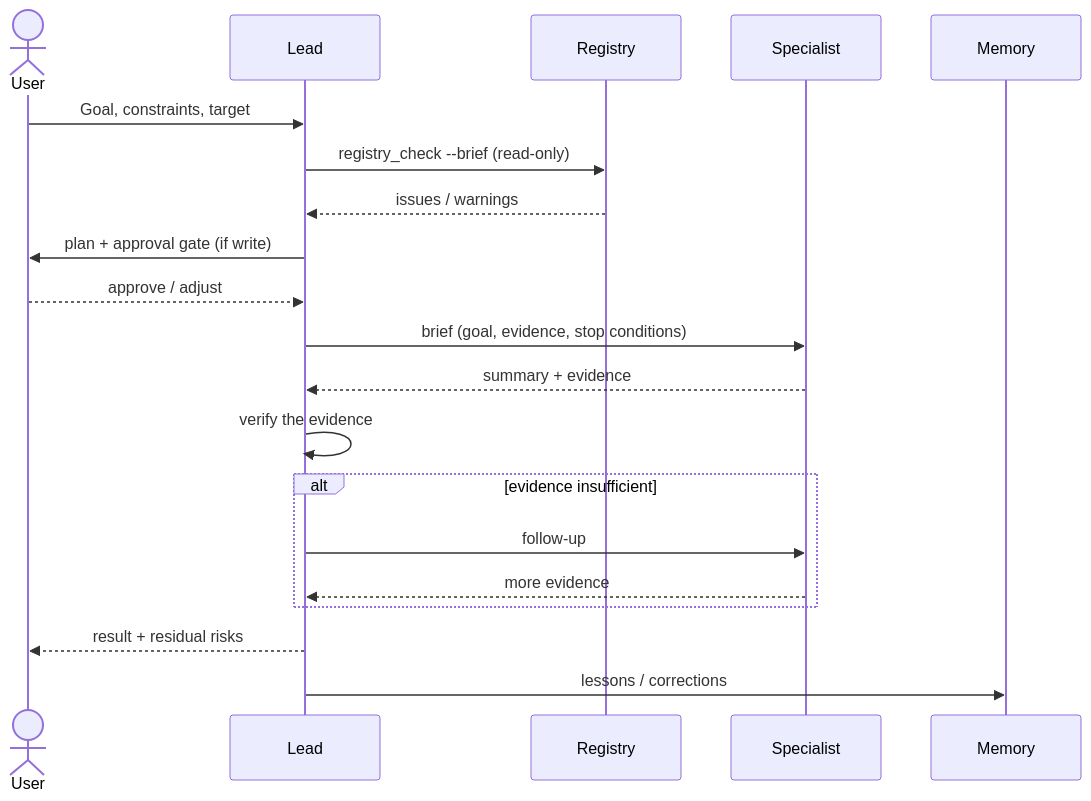
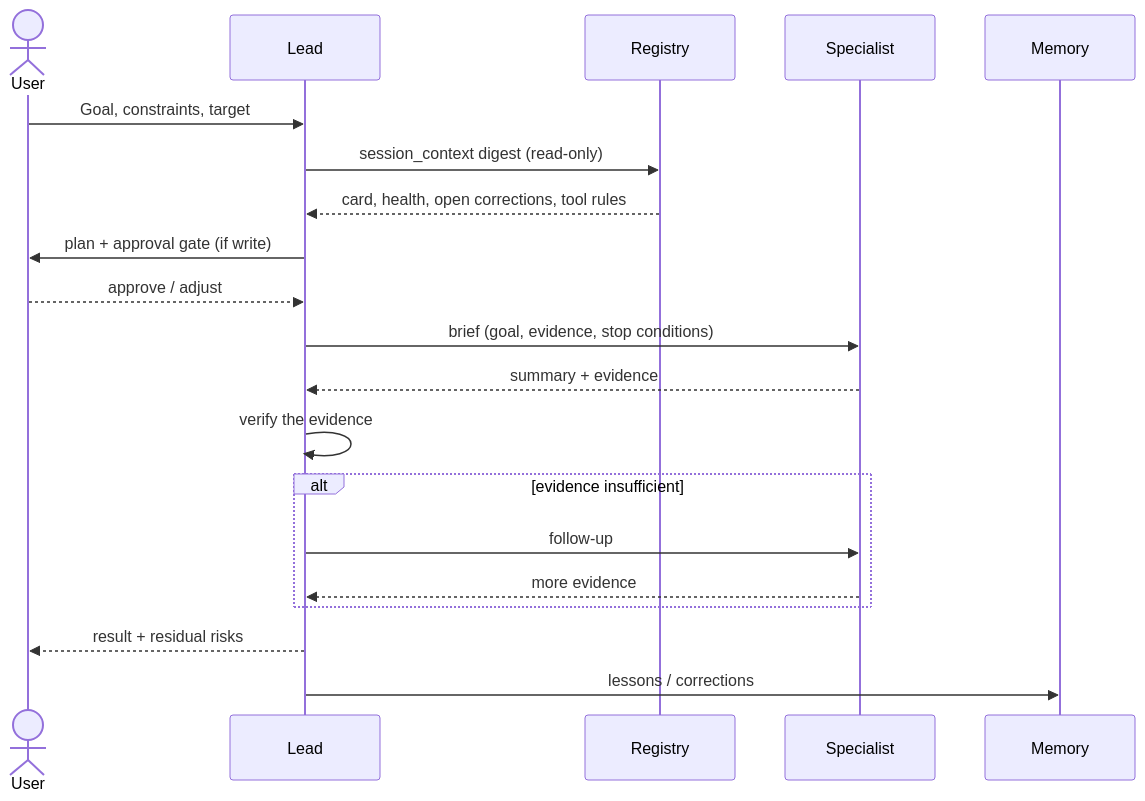
Before and after one commit to naruepan2/abap-ai-opencode-toolkit: the second of 2 diagrams in README.md, drawn with Mermaid. The commit also changed other lines of this file and 14 other files, not shown here.

````diff
--- a/README.md
+++ b/README.md
@@ -105,23 +105,23 @@
 ```mermaid
 sequenceDiagram
     actor U as User
     participant L as Lead
     participant R as Registry
     participant S as Specialist
     participant M as Memory
 
     U->>L: Goal, constraints, target
-    L->>R: registry_check --brief (read-only)
-    R-->>L: issues / warnings
+    L->>R: session_context digest (read-only)
+    R-->>L: card, health, open corrections, tool rules
     L->>U: plan + approval gate (if write)
     U-->>L: approve / adjust
     L->>S: brief (goal, evidence, stop conditions)
     S-->>L: summary + evidence
     L->>L: verify the evidence
     alt evidence insufficient
         L->>S: follow-up
         S-->>L: more evidence
     end
     L-->>U: result + residual risks
     L->>M: lessons / corrections
 ```
````
